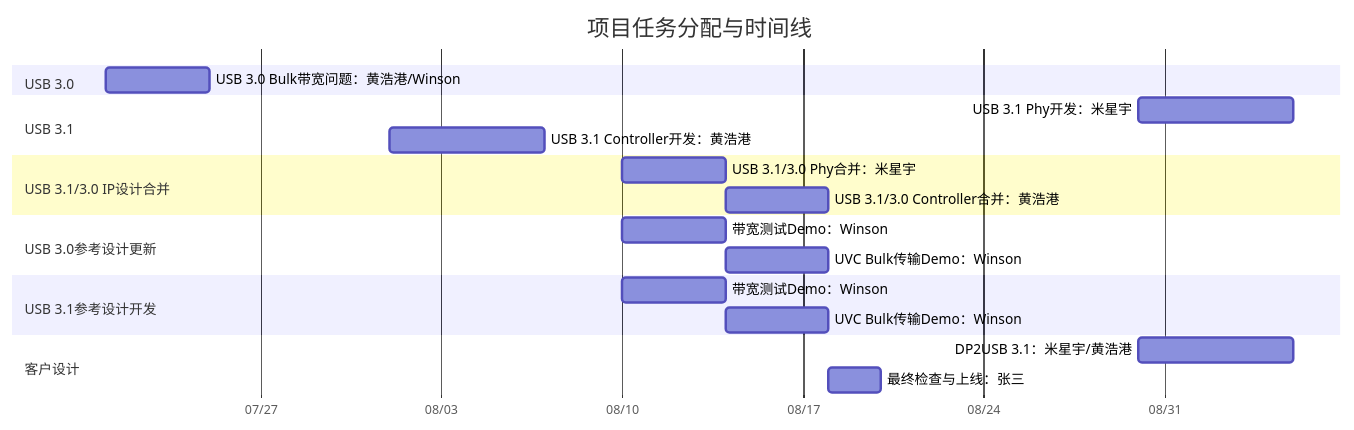
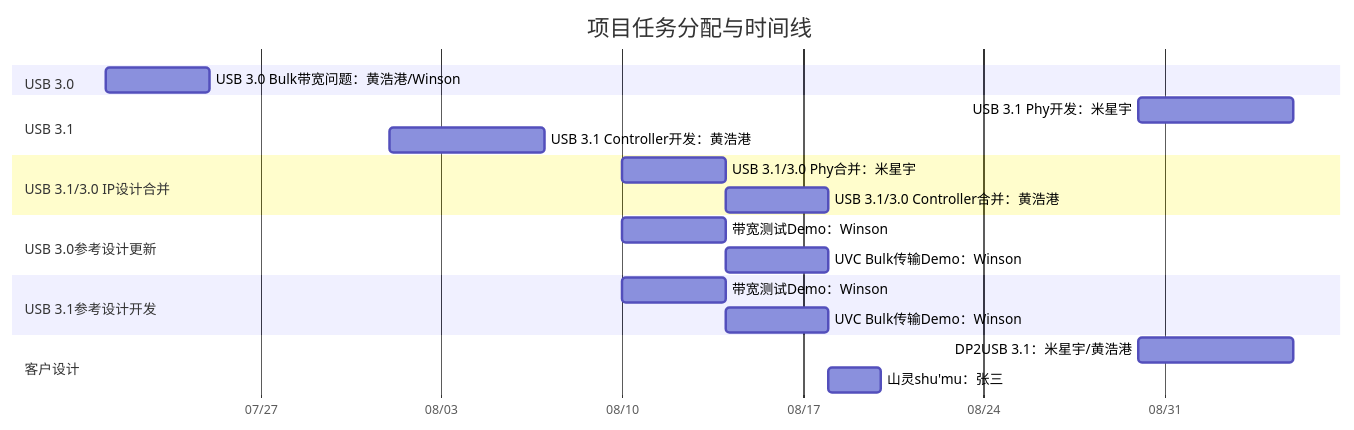
The diagram in all/未命名.md (winsonbook/iodraw-files), drawn with Mermaid before and after one commit.

Commit message:
2025-07-21 10:05:16 update

````diff
--- a/all/未命名.md
+++ b/all/未命名.md
@@ -1,33 +1,33 @@
 ```mermaid
 gantt
     title 项目任务分配与时间线
     dateFormat  YYYY-MM-DD
     axisFormat  %m/%d
 
     section USB 3.0
     USB 3.0 Bulk带宽问题：黄浩港/Winson   :    task1, 2025-07-21, 4d
 
     section USB 3.1
     USB 3.1 Phy开发：米星宇      :         task2, 2025-08-30, 6d
     USB 3.1 Controller开发：黄浩港      :  task3, 2025-08-01, 6d
 
     section Meta项目
 
 
     section USB 3.1/3.0 IP设计合并
     USB 3.1/3.0 Phy合并：米星宇       :    task5, 2025-08-10, 4d
     USB 3.1/3.0 Controller合并：黄浩港:    task6, 2025-08-14, 4d
 
     section USB 3.0参考设计更新
     带宽测试Demo：Winson       :         task7, 2025-08-10, 4d
     UVC Bulk传输Demo：Winson   :        task8, 2025-08-14, 4d
 
     section USB 3.1参考设计开发
     带宽测试Demo：Winson       :         task9, 2025-08-10, 4d
     UVC Bulk传输Demo：Winson   :         task19, 2025-08-14, 4d
 
     section 客户设计
-   DP2USB 3.1：米星宇/黄浩港      :         task4, 2025-08-30, 6d
-    最终检查与上线：张三 :         task8, 2025-08-18, 2d
+    DP2USB 3.1：米星宇/黄浩港      :         task4, 2025-08-30, 6d
+    山灵shu'mu：张三 :         task8, 2025-08-18, 2d
 
 ```
````
